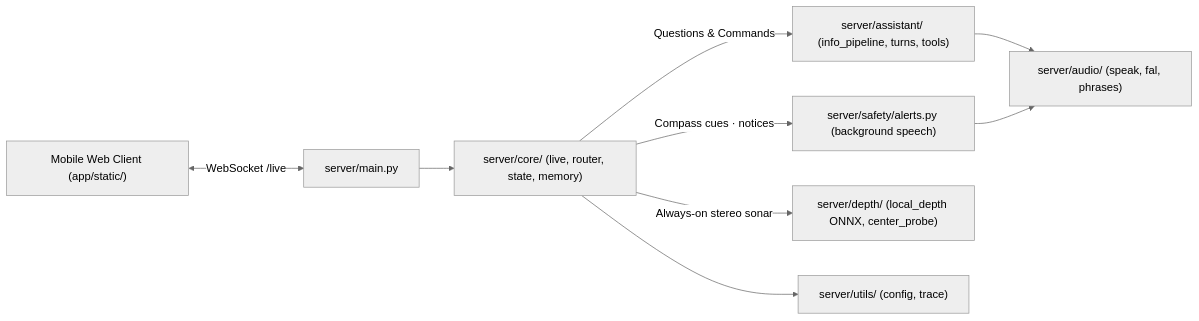
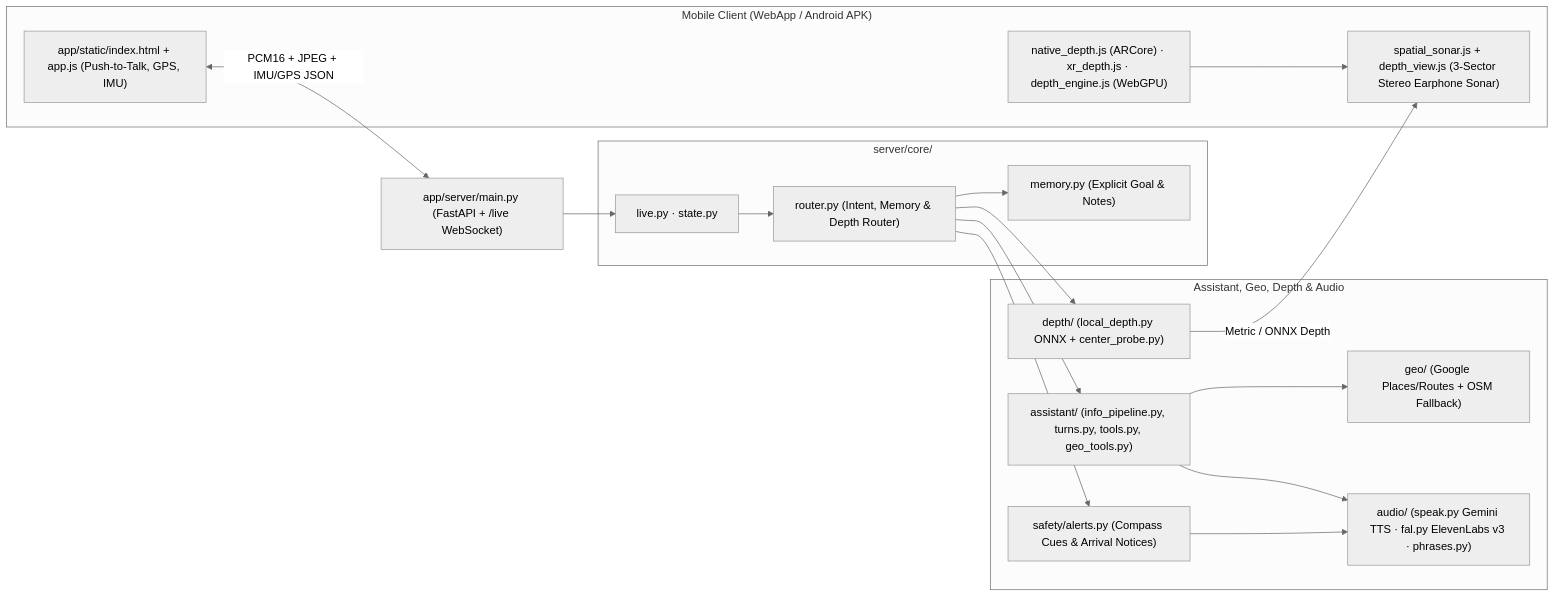
Before and after one commit to Mike17K/genaisummit2026: the diagram in README.md, drawn with Mermaid (neutral theme). The commit also changed other lines of this file and 1 other file, not shown here.

Commit message:
docs: update README and app/README with latest architecture, Android ARCore depth, and quickstart

````diff
--- a/README.md
+++ b/README.md
@@ -11,11 +37,36 @@
 ```mermaid
 flowchart LR
-    Phone["Mobile Web Client (app/static/)"] <-->|"WebSocket /live"| Main["server/main.py"]
-    Main --> Core["server/core/ (live, router, state, memory)"]
-    Core -->|"Questions & Commands"| Asst["server/assistant/ (info_pipeline, turns, tools)"]
-    Core -->|"Compass cues · notices"| Safe["server/safety/alerts.py (background speech)"]
-    Core -->|"Always-on stereo sonar"| Depth["server/depth/ (local_depth ONNX, center_probe)"]
-    Asst --> Audio["server/audio/ (speak, fal, phrases)"]
+    subgraph Client["Mobile Client (WebApp / Android APK)"]
+        UI["app/static/index.html + app.js (Push-to-Talk, GPS, IMU)"]
+        DepthSrc["native_depth.js (ARCore) · xr_depth.js · depth_engine.js (WebGPU)"]
+        Sonar["spatial_sonar.js + depth_view.js (3-Sector Stereo Earphone Sonar)"]
+    end
+
+    Entry["app/server/main.py (FastAPI + /live WebSocket)"]
+
+    subgraph Core["server/core/"]
+        Live["live.py · state.py"]
+        Router["router.py (Intent, Memory & Depth Router)"]
+        Mem["memory.py (Explicit Goal & Notes)"]
+    end
+
+    subgraph Pipelines["Assistant, Geo, Depth & Audio"]
+        Asst["assistant/ (info_pipeline.py, turns.py, tools.py, geo_tools.py)"]
+        Geo["geo/ (Google Places/Routes + OSM Fallback)"]
+        Safe["safety/alerts.py (Compass Cues & Arrival Notices)"]
+        SrvDepth["depth/ (local_depth.py ONNX + center_probe.py)"]
+        Audio["audio/ (speak.py Gemini TTS · fal.py ElevenLabs v3 · phrases.py)"]
+    end
+
+    UI <-->|"PCM16 + JPEG + IMU/GPS JSON"| Entry
+    DepthSrc --> Sonar
+    Entry --> Live --> Router
+    Router --> Mem
+    Router --> Asst
+    Router --> Safe
+    Router --> SrvDepth
+    SrvDepth -->|"Metric / ONNX Depth"| Sonar
+    Asst --> Geo
+    Asst --> Audio
     Safe --> Audio
-    Core --> Utils["server/utils/ (config, trace)"]
 ```
````
